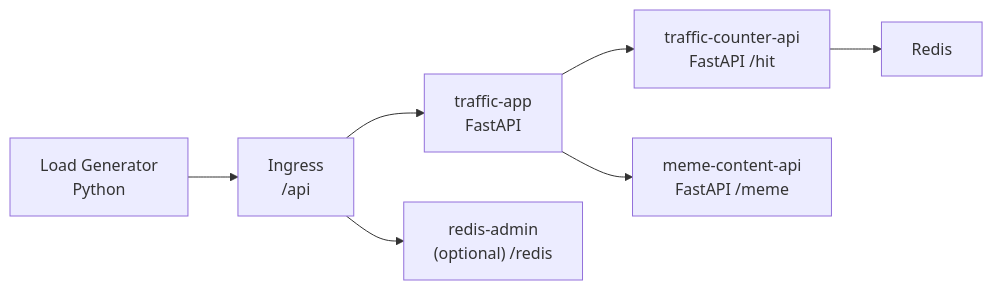
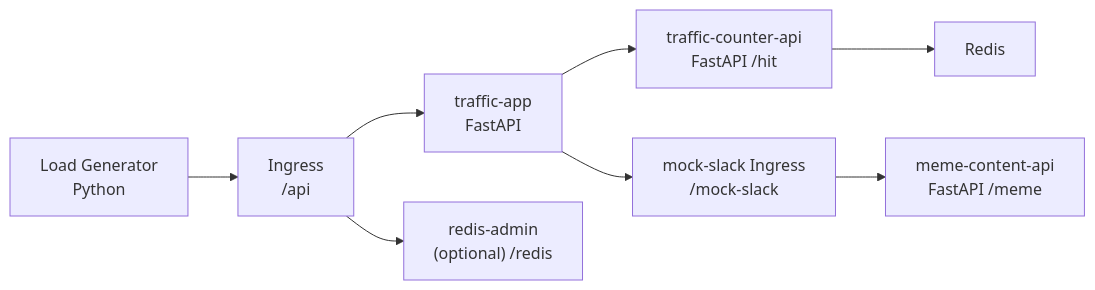
One commit to JisuuungKim/kubernetes-project changed the diagram in README.md. Above: the diagram before and after it, drawn with Mermaid. The commit also changed other lines of this file and 2 other files, not shown here.

Commit message:
fix: meme api를 외부 서비스로 변경

````diff
--- a/README.md
+++ b/README.md
@@ -35,9 +35,10 @@
 ```mermaid
 flowchart LR
     A["Load Generator<br/>Python"] --> B["Ingress<br/>/api"]
     B --> C["traffic-app<br/>FastAPI"]
     C --> D["traffic-counter-api<br/>FastAPI /hit"]
-    C --> E["meme-content-api<br/>FastAPI /meme"]
+    C --> H["mock-slack Ingress<br/>/mock-slack"]
+    H --> E["meme-content-api<br/>FastAPI /meme"]
     D --> F["Redis"]
     B --> G["redis-admin<br/>(optional) /redis"]
 ```
````
